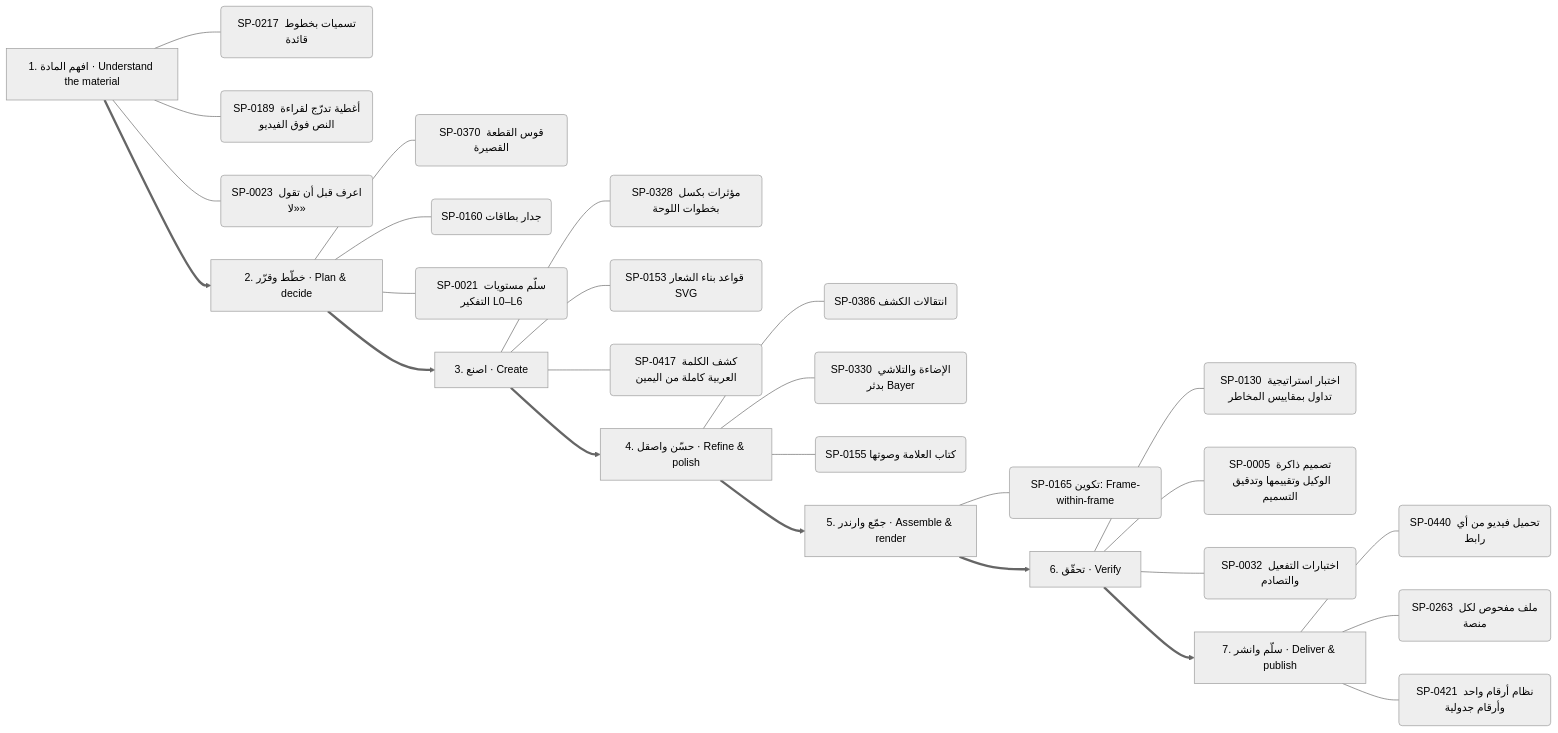
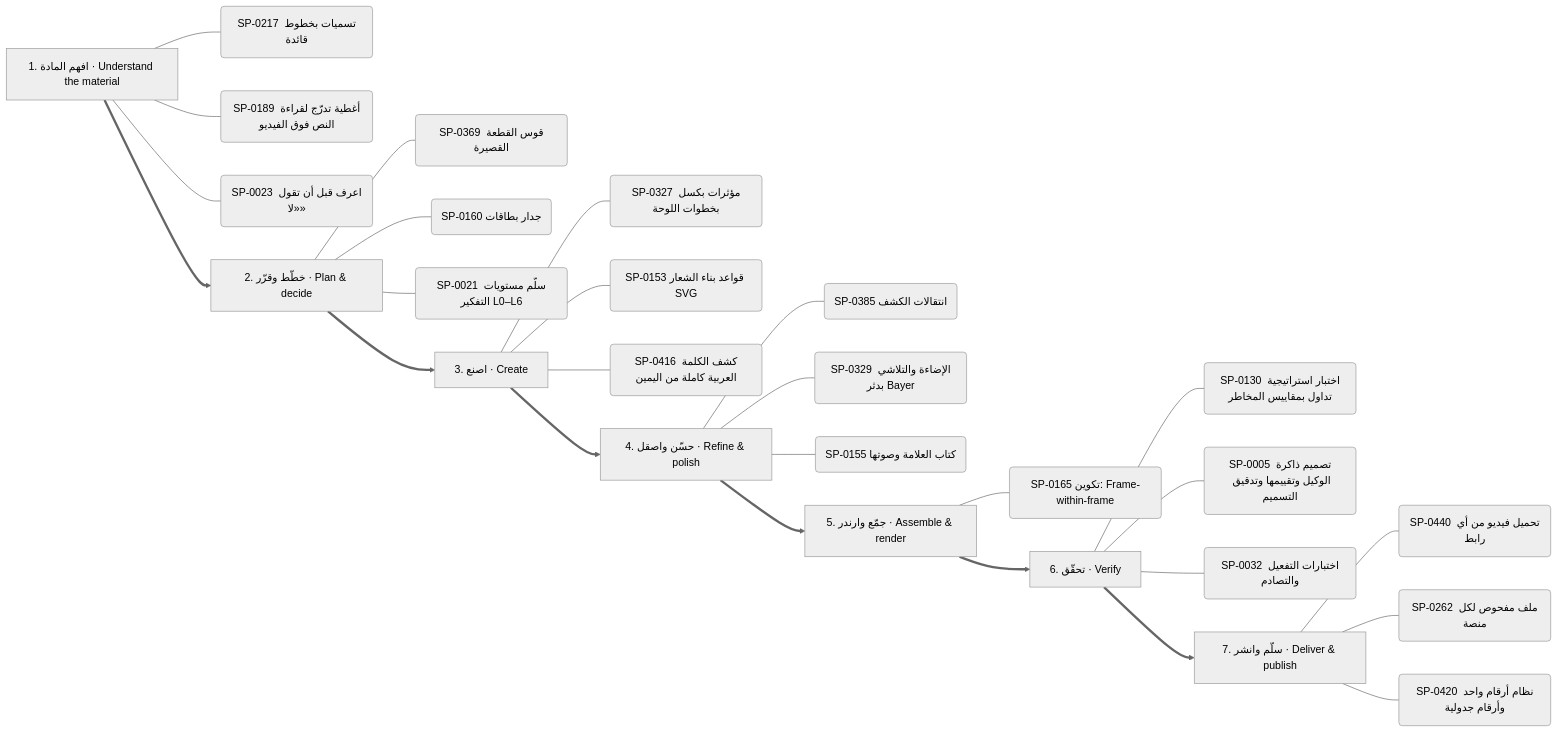
Before and after one commit to kosif199022-jpg/kosif-tool: the sixth of 13 diagrams in .claude/skills/kosif-superpowers/references/capability-mindmap.md, drawn with Mermaid (neutral theme). The commit also changed other lines of this file and 61 other files, not shown here.

````diff
--- a/.claude/skills/kosif-superpowers/references/capability-mindmap.md
+++ b/.claude/skills/kosif-superpowers/references/capability-mindmap.md
@@ -314,35 +315,35 @@
 ```mermaid
 flowchart LR
   S0["1. افهم المادة · Understand the material"]
   S0 --- S0_0("SP-0217 تسميات بخطوط قائدة")
   S0 --- S0_1("SP-0189 أغطية تدرّج لقراءة النص فوق الفيديو")
   S0 --- S0_2("SP-0023 اعرف قبل أن تقول «لا»")
   S1["2. خطّط وقرّر · Plan & decide"]
-  S1 --- S1_0("SP-0370 قوس القطعة القصيرة")
+  S1 --- S1_0("SP-0369 قوس القطعة القصيرة")
   S1 --- S1_1("SP-0160 جدار بطاقات")
   S1 --- S1_2("SP-0021 سلّم مستويات التفكير L0–L6")
   S0 ==> S1
   S2["3. اصنع · Create"]
-  S2 --- S2_0("SP-0328 مؤثرات بكسل بخطوات اللوحة")
+  S2 --- S2_0("SP-0327 مؤثرات بكسل بخطوات اللوحة")
   S2 --- S2_1("SP-0153 قواعد بناء الشعار SVG")
-  S2 --- S2_2("SP-0417 كشف الكلمة العربية كاملة من اليمين")
+  S2 --- S2_2("SP-0416 كشف الكلمة العربية كاملة من اليمين")
   S1 ==> S2
   S3["4. حسّن واصقل · Refine & polish"]
-  S3 --- S3_0("SP-0386 انتقالات الكشف")
-  S3 --- S3_1("SP-0330 الإضاءة والتلاشي بدثر Bayer")
+  S3 --- S3_0("SP-0385 انتقالات الكشف")
+  S3 --- S3_1("SP-0329 الإضاءة والتلاشي بدثر Bayer")
   S3 --- S3_2("SP-0155 كتاب العلامة وصوتها")
   S2 ==> S3
   S4["5. جمّع وارندر · Assemble & render"]
   S4 --- S4_0("SP-0165 تكوين: Frame-within-frame")
   S3 ==> S4
   S5["6. تحقّق · Verify"]
   S5 --- S5_0("SP-0130 اختبار استراتيجية تداول بمقاييس المخاطر")
   S5 --- S5_1("SP-0005 تصميم ذاكرة الوكيل وتقييمها وتدقيق التسميم")
   S5 --- S5_2("SP-0032 اختبارات التفعيل والتصادم")
   S4 ==> S5
   S6["7. سلّم وانشر · Deliver & publish"]
   S6 --- S6_0("SP-0440 تحميل فيديو من أي رابط")
-  S6 --- S6_1("SP-0263 ملف مفحوص لكل منصة")
-  S6 --- S6_2("SP-0421 نظام أرقام واحد وأرقام جدولية")
+  S6 --- S6_1("SP-0262 ملف مفحوص لكل منصة")
+  S6 --- S6_2("SP-0420 نظام أرقام واحد وأرقام جدولية")
   S5 ==> S6
 ```
````
